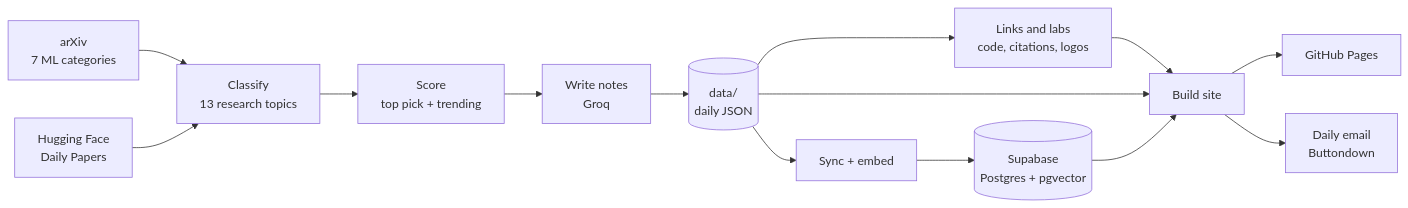
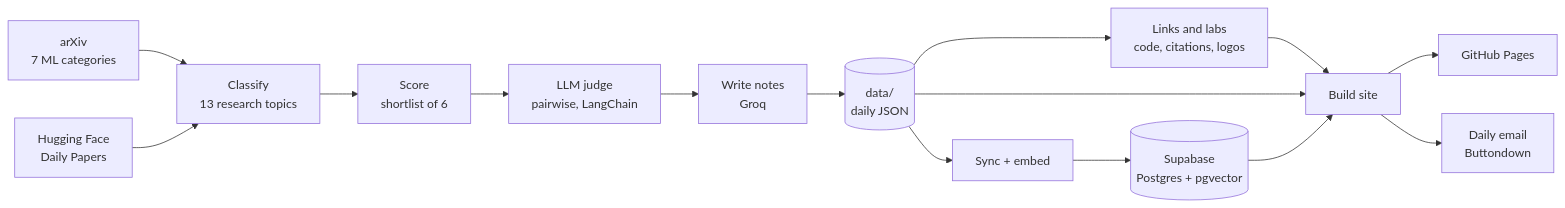
One commit to Omen-bit/ai-paper-daily changed the diagram in README.md. Above: the diagram before and after it, drawn with Mermaid. The commit also changed other lines of this file and 11 other files, not shown here.

Commit message:
Picker v2, day-late option, LangGraph pipeline with LLM judge

````diff
--- a/README.md
+++ b/README.md
@@ -108,16 +108,17 @@
 ```mermaid
 flowchart LR
     A["arXiv<br/>7 ML categories"] --> C["Classify<br/>13 research topics"]
     B["Hugging Face<br/>Daily Papers"] --> C
-    C --> D["Score<br/>top pick + trending"]
-    D --> E["Write notes<br/>Groq"]
+    C --> D["Score<br/>shortlist of 6"]
+    D --> J2["LLM judge<br/>pairwise, LangChain"]
+    J2 --> E["Write notes<br/>Groq"]
     E --> F[("data/<br/>daily JSON")]
     F --> L["Links and labs<br/>code, citations, logos"]
     F --> G["Sync + embed"]
     G --> H[("Supabase<br/>Postgres + pgvector")]
     L --> J["Build site"]
     F --> J
     H --> J
     J --> K["GitHub Pages"]
     J --> M["Daily email<br/>Buttondown"]
 ```
````
